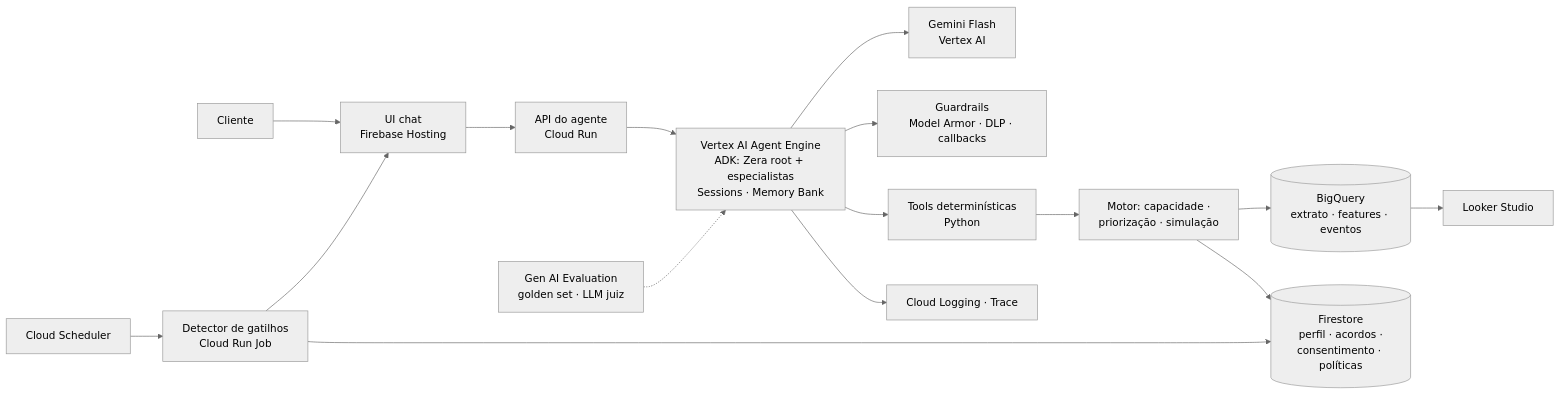
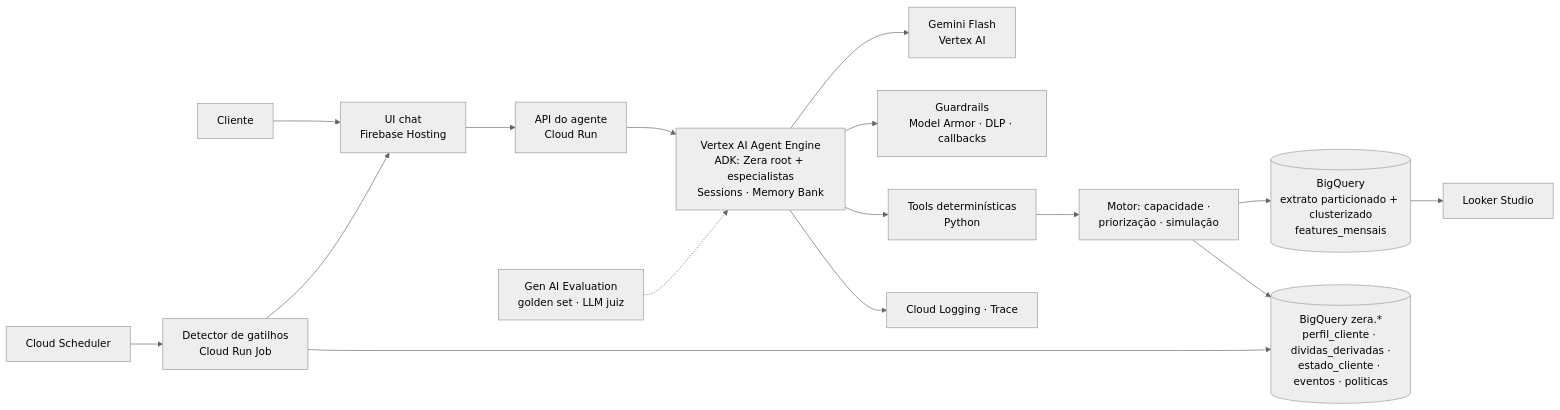
Before and after one commit to dcdaniiel/zera.ai-itau: the second of 2 diagrams in docs/PRD-MVP.md, drawn with Mermaid (neutral theme). The commit also changed other lines of this file and 32 other files, not shown here.

Commit message:
Remove Firestore dependency and update README with detailed client debt management process. Add new scripts for simulating time and querying client profiles from BigQuery. Introduce VS Code configurations for local development and testing. Enhance data strategy documentation for BigQuery usage.

````diff
--- a/docs/PRD-MVP.md
+++ b/docs/PRD-MVP.md
@@ -165,18 +194,18 @@
 ```mermaid
 flowchart LR
   U["Cliente"] --> UI["UI chat<br/>Firebase Hosting"]
   UI --> API["API do agente<br/>Cloud Run"]
   API --> AE["Vertex AI Agent Engine<br/>ADK: Zera root + especialistas<br/>Sessions · Memory Bank"]
   AE --> G["Gemini Flash<br/>Vertex AI"]
   AE --> GR["Guardrails<br/>Model Armor · DLP · callbacks"]
   AE --> T["Tools determinísticas<br/>Python"]
   T --> M["Motor: capacidade ·<br/>priorização · simulação"]
-  M --> BQ[("BigQuery<br/>extrato · features · eventos")]
-  M --> FS[("Firestore<br/>perfil · acordos ·<br/>consentimento · políticas")]
+  M --> BQ[("BigQuery<br/>extrato particionado + clusterizado<br/>features_mensais")]
+  M --> FS[("BigQuery zera.*<br/>perfil_cliente · dividas_derivadas ·<br/>estado_cliente · eventos · politicas")]
   SCH["Cloud Scheduler"] --> DET["Detector de gatilhos<br/>Cloud Run Job"]
   DET --> FS
   DET --> UI
   AE --> LOG["Cloud Logging · Trace"]
   BQ --> LK["Looker Studio"]
   EV["Gen AI Evaluation<br/>golden set · LLM juiz"] -.-> AE
 ```
````
